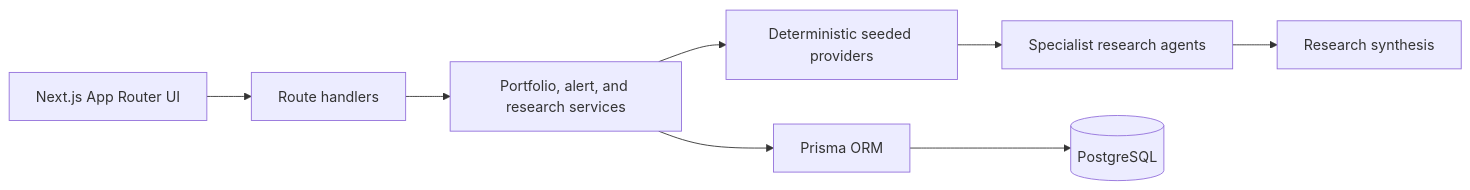
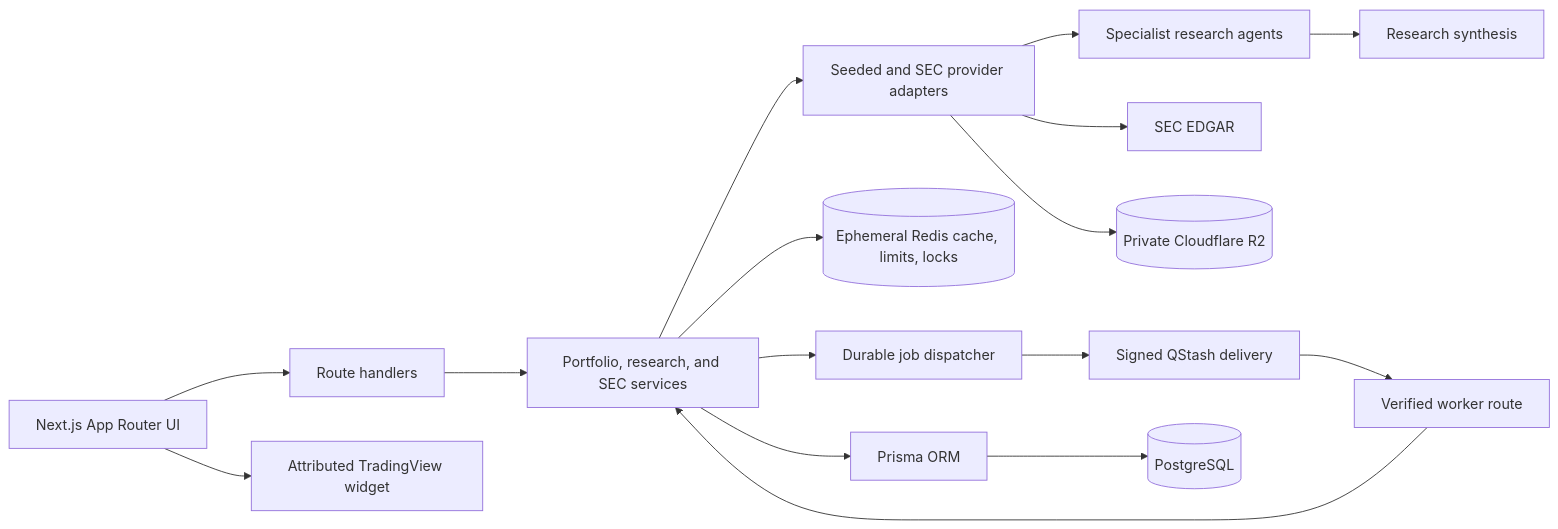
One commit to JasonServito/portfolio-scope changed the diagram in README.md. Above: the diagram before and after it, drawn with Mermaid. The commit also changed other lines of this file and 159 other files, not shown here.

Commit message:
feat: complete M11-M15 platform, SEC ingestion, and background jobs

````diff
--- a/README.md
+++ b/README.md
@@ -32,10 +40,18 @@
 ```mermaid
 flowchart LR
   UI[Next.js App Router UI] --> API[Route handlers]
-  API --> Services[Portfolio, alert, and research services]
-  Services --> Providers[Deterministic seeded providers]
+  UI --> TV[Attributed TradingView widget]
+  API --> Services[Portfolio, research, and SEC services]
+  Services --> Jobs[Durable job dispatcher]
+  Jobs --> QStash[Signed QStash delivery]
+  QStash --> Worker[Verified worker route]
+  Worker --> Services
+  Services --> Redis[(Ephemeral Redis cache, limits, locks)]
+  Services --> Providers[Seeded and SEC provider adapters]
   Services --> Prisma[Prisma ORM]
+  Providers --> SEC[SEC EDGAR]
+  Providers --> R2[(Private Cloudflare R2)]
   Providers --> Agents[Specialist research agents]
   Agents --> Synthesis[Research synthesis]
   Prisma --> Postgres[(PostgreSQL)]
 ```
````
